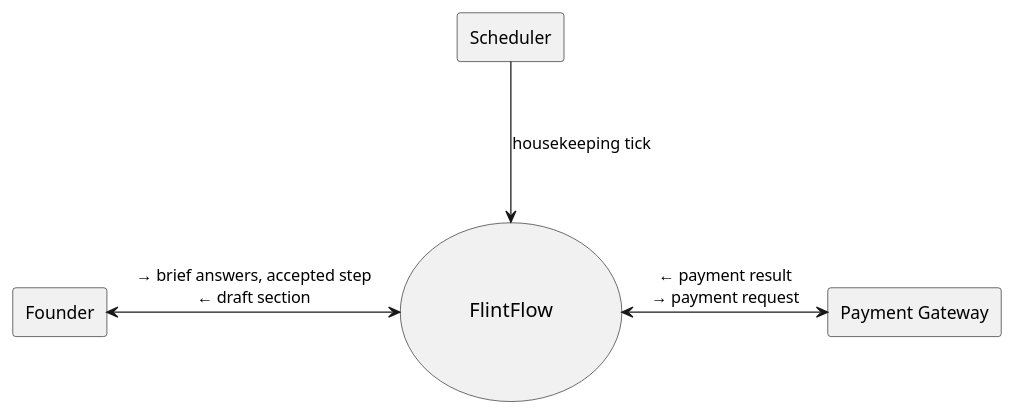
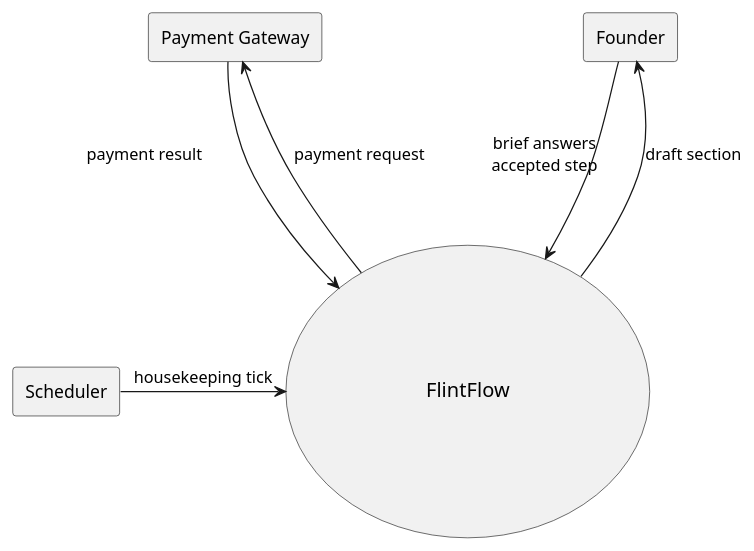
Before and after one commit to mit-suu/flintflow_be: the first of 4 diagrams in assets/skills/action/plantuml-conventions/references/kinds.md, drawn with PlantUML. The commit also changed 5 other files, not shown here.

````diff
--- a/assets/skills/action/plantuml-conventions/references/kinds.md
+++ b/assets/skills/action/plantuml-conventions/references/kinds.md
@@ -7,16 +7,24 @@
 ```plantuml
 @startuml
 skinparam monochrome true
 skinparam shadowing false
-skinparam nodesep 45
+skinparam nodesep 20
 skinparam ranksep 110
 skinparam usecaseFontSize 16
-usecase "\n\n   FlintFlow   \n\n" as SYSTEM_
+usecase "\n\n\n\n        FlintFlow        \n\n\n\n" as SYSTEM_
 rectangle "Founder" as A01
 rectangle "Payment Gateway" as A05
 rectangle "Scheduler" as A09
-A01 <-right-> SYSTEM_ : → brief answers, accepted step\n← draft section
-A05 <-left-> SYSTEM_ : ← payment result\n→ payment request
-A09 -down-> SYSTEM_ : housekeeping tick
+A01 -[#transparent]down-> SYSTEM_ : brief answers\naccepted step
+A01 -down-> SYSTEM_
+A01 -[#transparent]down- SYSTEM_
+SYSTEM_ -up-> A01 : draft section
+A01 -[#transparent]down- SYSTEM_
+A05 -[#transparent]down-> SYSTEM_ : payment result
+A05 -down-> SYSTEM_
+A05 -[#transparent]down- SYSTEM_
+SYSTEM_ -up-> A05 : payment request
+A05 -[#transparent]down- SYSTEM_
+A09 -right-> SYSTEM_ : housekeeping tick
 @enduml
 ```
````
